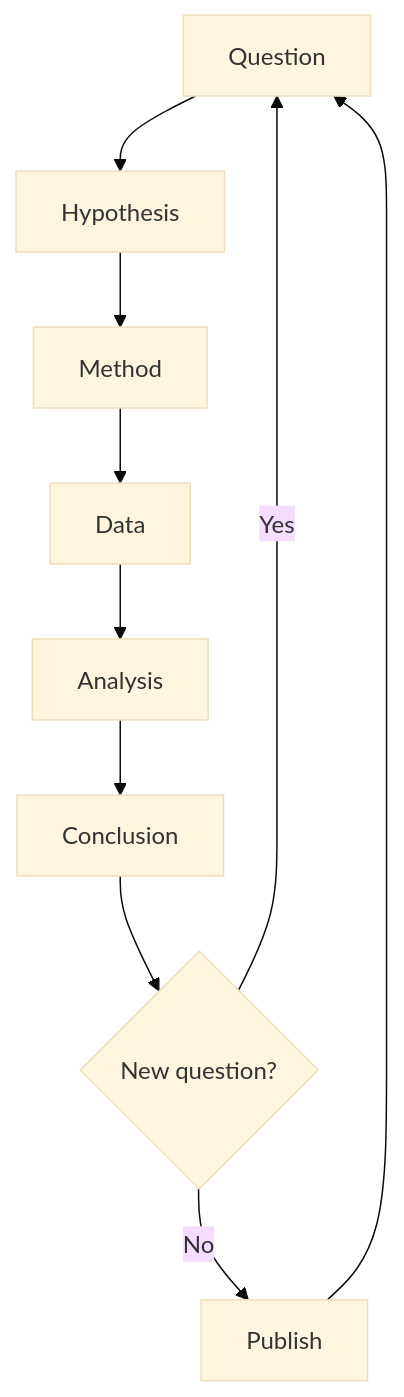
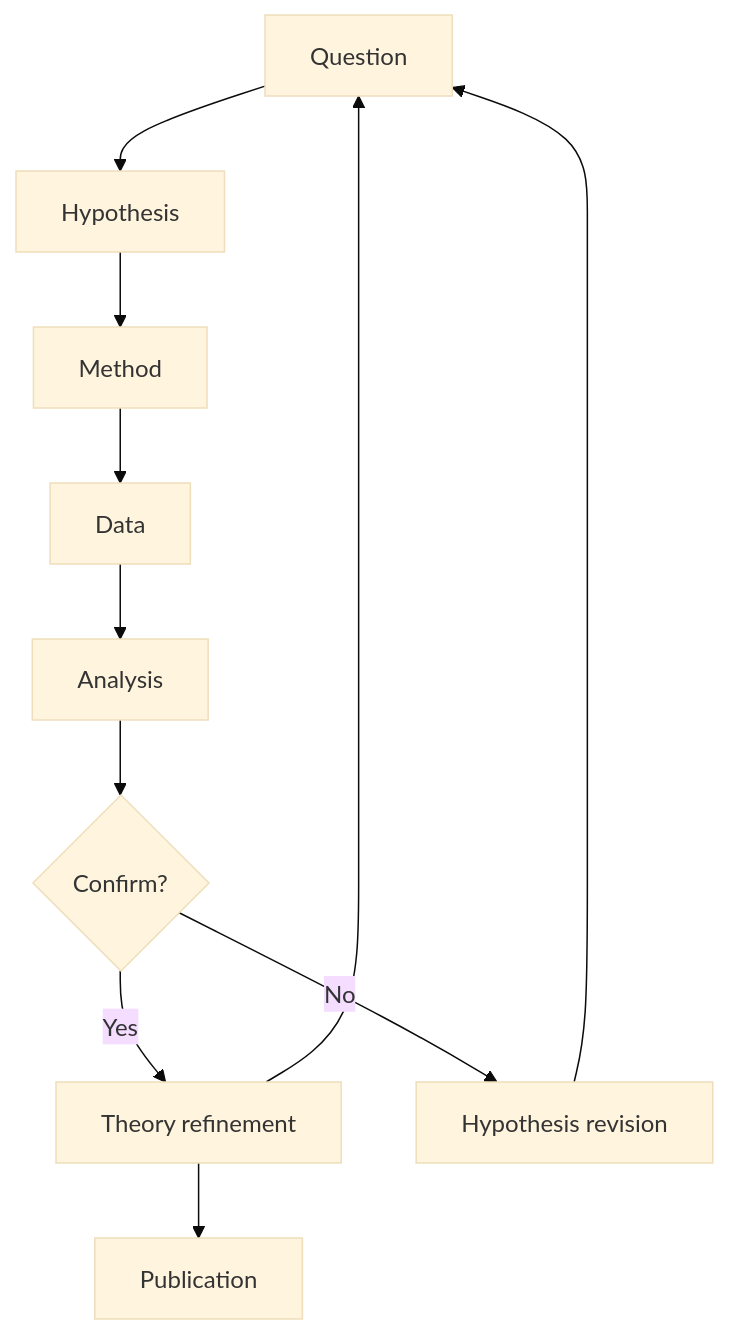
Before and after one commit to yip-lgtm/PhysicsSelfStudy: the sixth of 7 diagrams in 01_BSc_Physics/electives/PHYS_2090X_Directed_Studies_I/README.md, drawn with Mermaid (base theme). The commit also changed other lines of this file and 17 other files, not shown here.

````diff
--- a/01_BSc_Physics/electives/PHYS_2090X_Directed_Studies_I/README.md
+++ b/01_BSc_Physics/electives/PHYS_2090X_Directed_Studies_I/README.md
@@ -160,12 +550,13 @@
 ```mermaid
 graph TD
     A[Question] --> B[Hypothesis]
     B --> C[Method]
     C --> D[Data]
     D --> E[Analysis]
-    E --> F[Conclusion]
-    F --> G{New question?}
-    G -->|Yes| A
-    G -->|No| H[Publish]
+    E --> F{Confirm?}
+    F -->|Yes| G[Theory refinement]
+    F -->|No| H[Hypothesis revision]
+    G --> A
     H --> A
+    G --> I[Publication]
 ```
````
